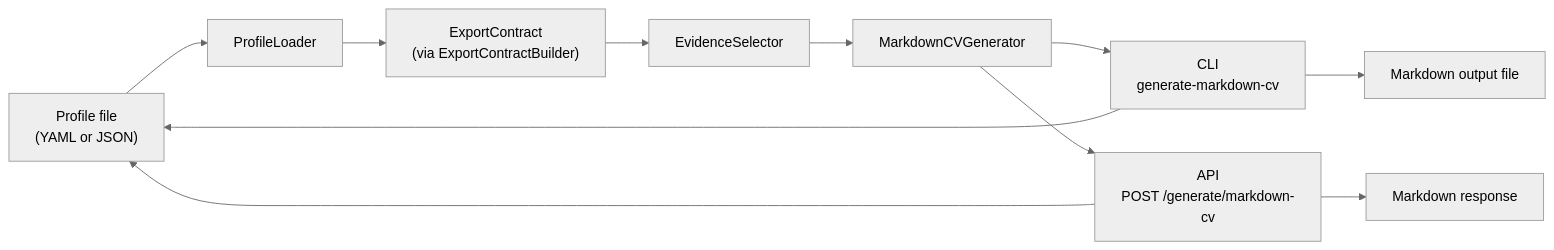
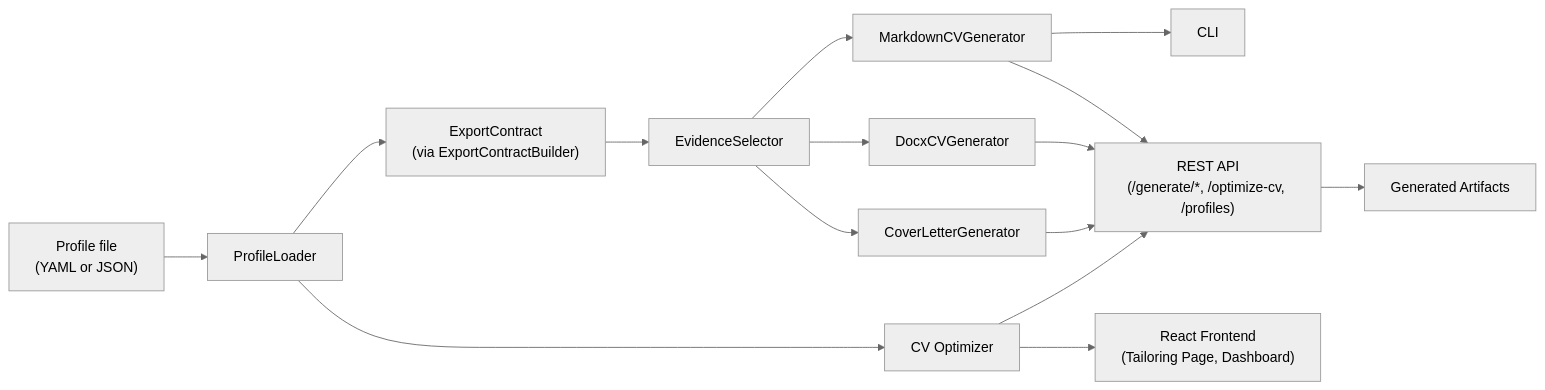
One commit to raulgong66/career-OS changed the third of 3 diagrams in docs/architecture/system-flow.md. Above: the diagram before and after it, drawn with Mermaid (neutral theme). The commit also changed other lines of this file and 20 other files, not shown here.

First line of the commit message:
docs(architecture): add architecture foundation review and blueprint

````diff
--- a/docs/architecture/system-flow.md
+++ b/docs/architecture/system-flow.md
@@ -5,23 +77,30 @@
 ```mermaid
 flowchart LR
     Profile["Profile file<br/>(YAML or JSON)"]
     ProfileLoader["ProfileLoader"]
     ExportContract["ExportContract<br/>(via ExportContractBuilder)"]
     EvidenceSelector["EvidenceSelector"]
     MarkdownCVGenerator["MarkdownCVGenerator"]
-    CLI["CLI<br/>generate-markdown-cv"]
-    API["API<br/>POST /generate/markdown-cv"]
-    Output["Markdown output file"]
-    Response["Markdown response"]
+    DocxCVGenerator["DocxCVGenerator"]
+    CoverLetterGenerator["CoverLetterGenerator"]
+    CVOptimizer["CV Optimizer"]
+    CLI["CLI"]
+    API["REST API<br/>(/generate/*, /optimize-cv, /profiles)"]
+    Frontend["React Frontend<br/>(Tailoring Page, Dashboard)"]
+    Output["Generated Artifacts"]
 
-    CLI --> Profile
-    API --> Profile
     Profile --> ProfileLoader
     ProfileLoader --> ExportContract
     ExportContract --> EvidenceSelector
     EvidenceSelector --> MarkdownCVGenerator
+    EvidenceSelector --> DocxCVGenerator
+    EvidenceSelector --> CoverLetterGenerator
+    ProfileLoader --> CVOptimizer
     MarkdownCVGenerator --> CLI
     MarkdownCVGenerator --> API
-    CLI --> Output
-    API --> Response
+    DocxCVGenerator --> API
+    CoverLetterGenerator --> API
+    CVOptimizer --> API
+    CVOptimizer --> Frontend
+    API --> Output
 ```
````
